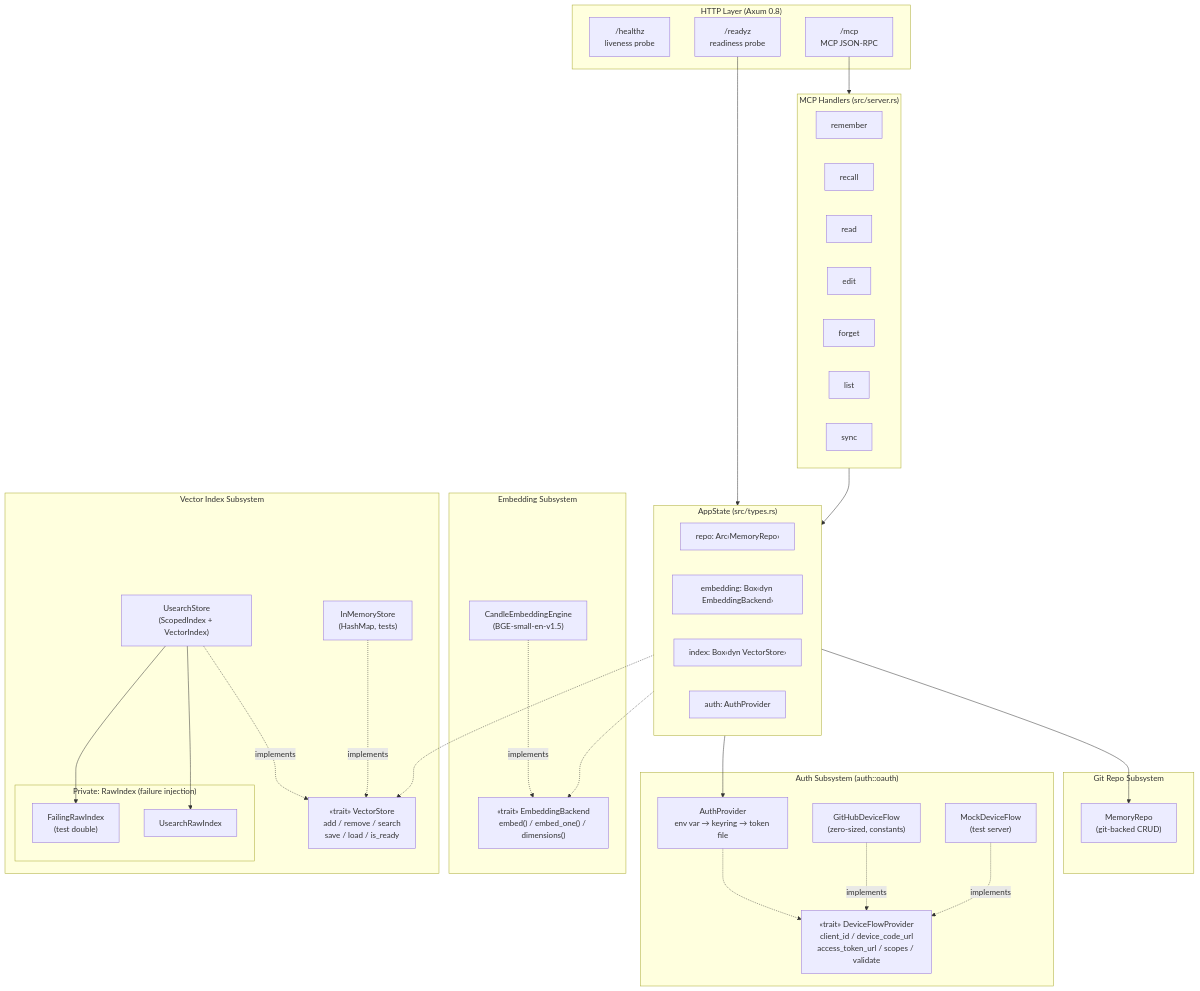
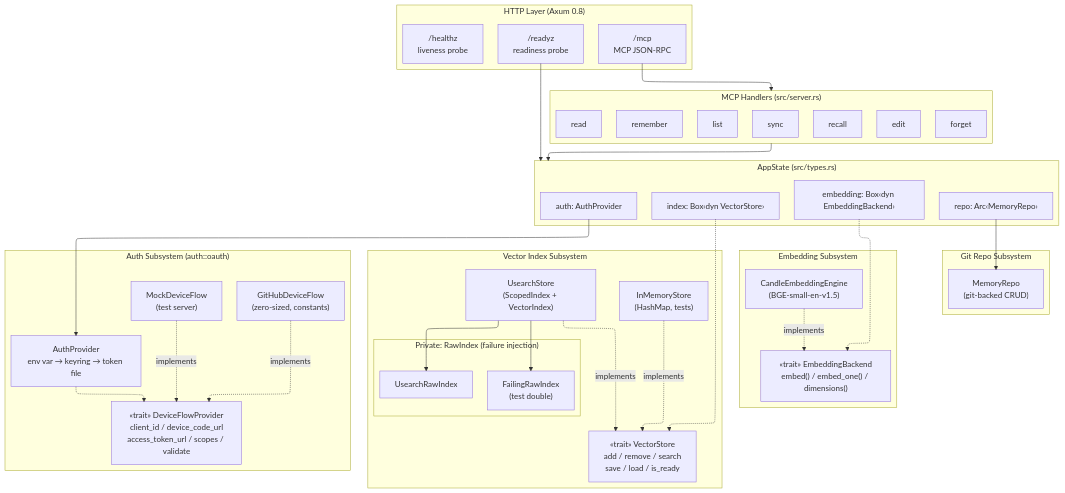
One commit to butterflyskies/memory-mcp changed the second of 6 diagrams in docs/design/phase2-quality/architecture.md. Above: the diagram before and after it, drawn with Mermaid. The commit also changed other lines of this file and 1 other file, not shown here.

First line of the commit message:
docs: refine readyz checks and add elk layout to component diagram

````diff
--- a/docs/design/phase2-quality/architecture.md
+++ b/docs/design/phase2-quality/architecture.md
@@ -104,70 +108,74 @@
 ```mermaid
+---
+config:
+  layout: elk
+---
 graph TD
     subgraph HTTP["HTTP Layer (Axum 0.8)"]
         healthz["/healthz<br/>liveness probe"]
         readyz["/readyz<br/>readiness probe"]
         mcppath["/mcp<br/>MCP JSON-RPC"]
     end
 
     subgraph Handlers["MCP Handlers (src/server.rs)"]
         direction LR
         remember["remember"]
         recall["recall"]
         read_h["read"]
         edit_h["edit"]
         forget_h["forget"]
         list_h["list"]
         sync_h["sync"]
     end
 
     subgraph State["AppState (src/types.rs)"]
         direction LR
         repo["repo: Arc‹MemoryRepo›"]
         embedding_field["embedding: Box‹dyn EmbeddingBackend›"]
         index_field["index: Box‹dyn VectorStore›"]
         auth_field["auth: AuthProvider"]
     end
 
     mcppath --> Handlers
     readyz --> State
     Handlers --> State
 
     subgraph RepoSub["Git Repo Subsystem"]
         MR["MemoryRepo<br/>(git-backed CRUD)"]
     end
 
     subgraph EmbeddingSub["Embedding Subsystem"]
         EB["«trait» EmbeddingBackend<br/>embed() / embed_one() / dimensions()"]
         Candle["CandleEmbeddingEngine<br/>(BGE-small-en-v1.5)"]
         Candle -.->|implements| EB
     end
 
     subgraph VectorSub["Vector Index Subsystem"]
         VS["«trait» VectorStore<br/>add / remove / search<br/>save / load / is_ready"]
         UStore["UsearchStore<br/>(ScopedIndex + VectorIndex)"]
         IMStore["InMemoryStore<br/>(HashMap, tests)"]
         UStore -.->|implements| VS
         IMStore -.->|implements| VS
         subgraph RawIdx["Private: RawIndex (failure injection)"]
             URaw["UsearchRawIndex"]
             FRaw["FailingRawIndex<br/>(test double)"]
         end
         UStore --> URaw
         UStore --> FRaw
     end
 
     subgraph AuthSub["Auth Subsystem (auth::oauth)"]
         AP["AuthProvider<br/>env var → keyring → token file"]
         DFP["«trait» DeviceFlowProvider<br/>client_id / device_code_url<br/>access_token_url / scopes / validate"]
         GDF["GitHubDeviceFlow<br/>(zero-sized, constants)"]
         MDF["MockDeviceFlow<br/>(test server)"]
         GDF -.->|implements| DFP
         MDF -.->|implements| DFP
         AP -.-> DFP
     end
 
     repo --> MR
     embedding_field -.-> EB
     index_field -.-> VS
     auth_field --> AP
 ```
````
